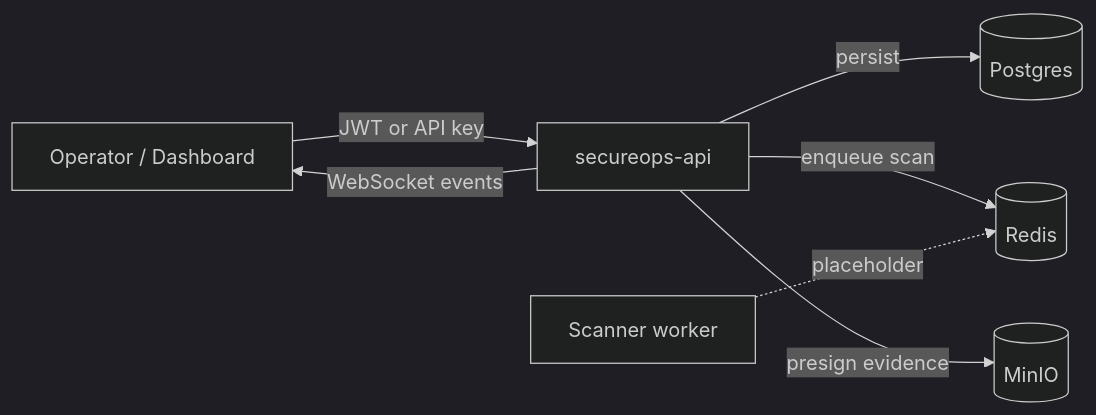
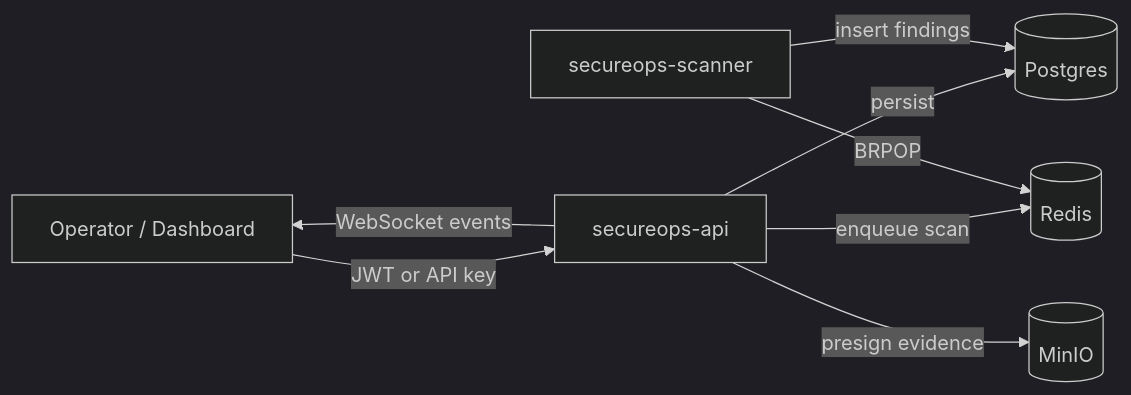
The third of 3 diagrams in README.md (aryasoni98/secureops), drawn with Mermaid (dark theme) before and after one commit. The commit also changed other lines of this file, not shown here.

````diff
--- a/README.md
+++ b/README.md
@@ -190,9 +192,10 @@
 ```mermaid
 flowchart LR
   OP[Operator / Dashboard] -->|JWT or API key| API[secureops-api]
   API -->|persist| PG[(Postgres)]
   API -->|enqueue scan| REDIS[(Redis)]
   API -->|presign evidence| S3[(MinIO)]
-  WORKER[Scanner worker] -.->|"placeholder"| REDIS
+  WORKER[secureops-scanner] -->|BRPOP| REDIS
+  WORKER -->|insert findings| PG
   API -->|WebSocket events| OP
 ```
````
